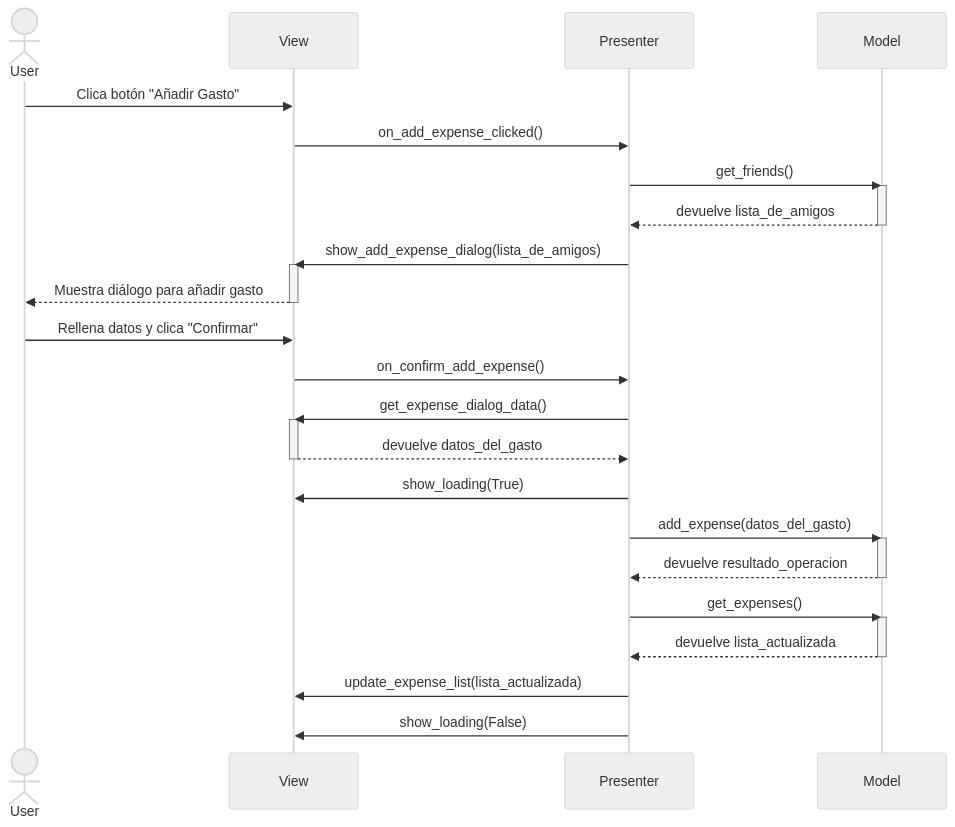
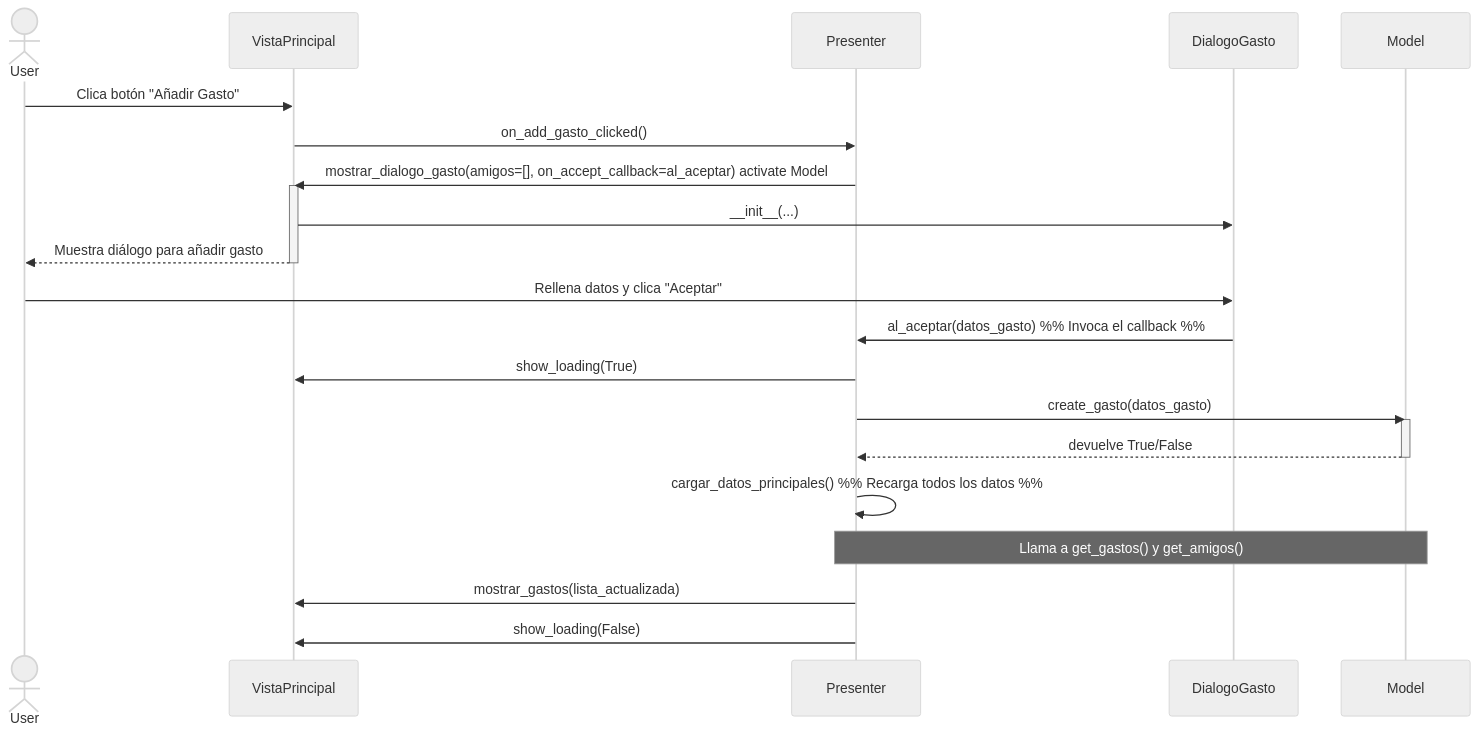
One commit to pablofernandezz/hmi-desktop-app changed the second of 6 diagrams in diseño_sw.md. Above: the diagram before and after it, drawn with Mermaid (neutral theme). The commit also changed other lines of this file and 1 other file, not shown here.

Commit message:
Corrección pantallas de carga y diagramas corregidos y finalizados.

````diff
--- a/diseño_sw.md
+++ b/diseño_sw.md
@@ -96,43 +112,34 @@
 ```mermaid
 sequenceDiagram
     actor User
-    participant View
+    participant VistaPrincipal
     participant Presenter
+    participant DialogoGasto
     participant Model
 
-    User->>View: Clica botón "Añadir Gasto"
-    View->>Presenter: on_add_expense_clicked()
+    User->>VistaPrincipal: Clica botón "Añadir Gasto"
+    VistaPrincipal->>Presenter: on_add_gasto_clicked()
     
-    Presenter->>Model: get_friends()
+    Presenter->>VistaPrincipal: mostrar_dialogo_gasto(amigos=[], on_accept_callback=al_aceptar)    activate Model
+    activate VistaPrincipal
+    VistaPrincipal->>DialogoGasto: __init__(...)
+    VistaPrincipal-->>User: Muestra diálogo para añadir gasto
+    deactivate VistaPrincipal
+    
+    User->>DialogoGasto: Rellena datos y clica "Aceptar"
+    DialogoGasto->>Presenter: al_aceptar(datos_gasto) %% Invoca el callback %%
+
+    Presenter->>VistaPrincipal: show_loading(True)
+    
+    Presenter->>Model: create_gasto(datos_gasto)
     activate Model
-    Model-->>Presenter: devuelve lista_de_amigos
+    Model-->>Presenter: devuelve True/False
     deactivate Model
     
-    Presenter->>View: show_add_expense_dialog(lista_de_amigos)
-    activate View
-    View-->>User: Muestra diálogo para añadir gasto
-    deactivate View
+    Presenter->>Presenter: cargar_datos_principales() %% Recarga todos los datos %%
     
-    User->>View: Rellena datos y clica "Confirmar"
-    View->>Presenter: on_confirm_add_expense()
+    Note over Presenter, Model: Llama a get_gastos() y get_amigos()
     
-    Presenter->>View: get_expense_dialog_data()
-    activate View
-    View-->>Presenter: devuelve datos_del_gasto
-    deactivate View
-    
-    Presenter->>View: show_loading(True)
-    
-    Presenter->>Model: add_expense(datos_del_gasto)
-    activate Model
-    Model-->>Presenter: devuelve resultado_operacion
-    deactivate Model
-    
-    Presenter->>Model: get_expenses()
-    activate Model
-    Model-->>Presenter: devuelve lista_actualizada
-    deactivate Model
-    
-    Presenter->>View: update_expense_list(lista_actualizada)
-    Presenter->>View: show_loading(False)
+    Presenter->>VistaPrincipal: mostrar_gastos(lista_actualizada)
+    Presenter->>VistaPrincipal: show_loading(False)
 ```
````
